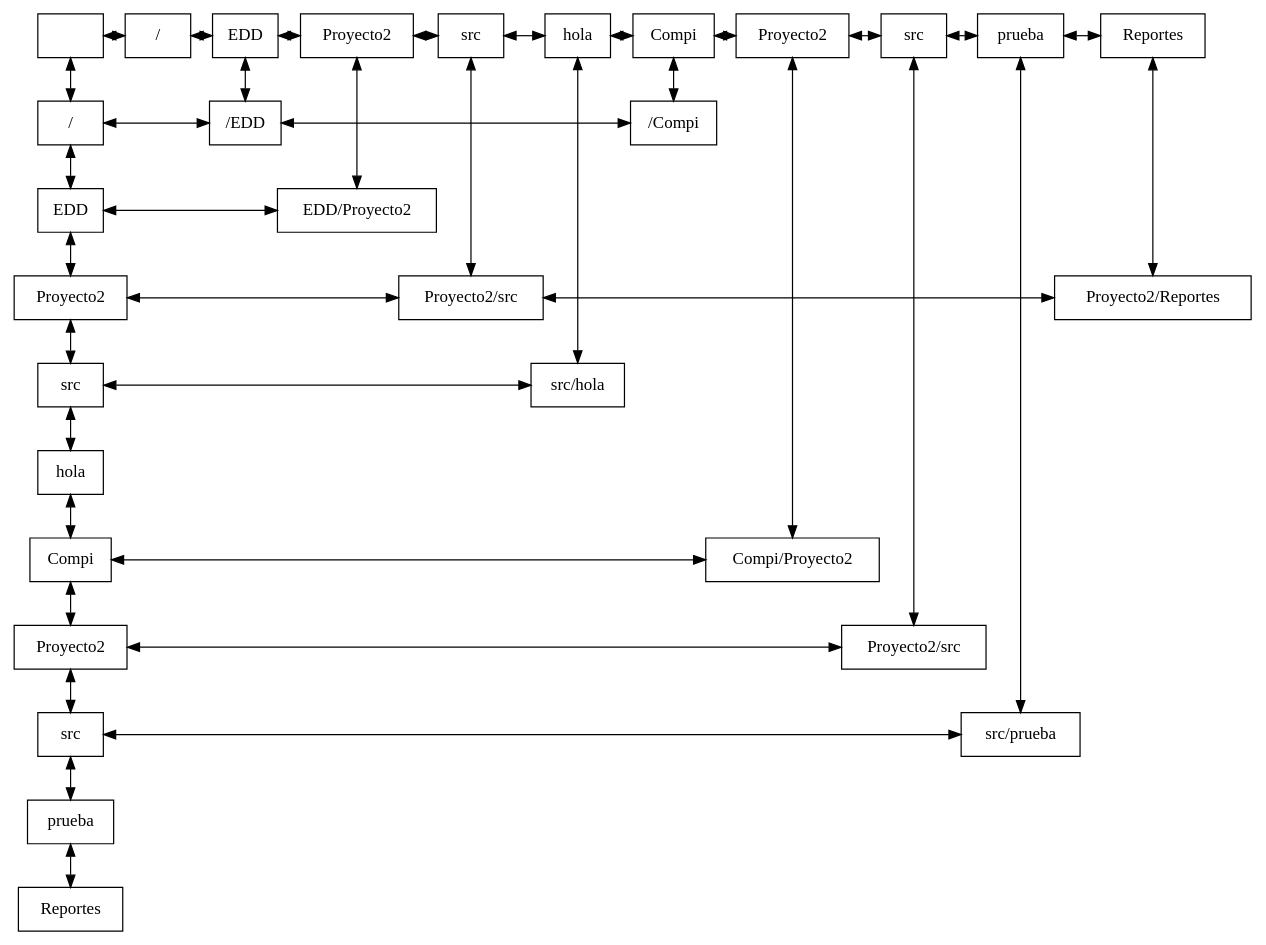
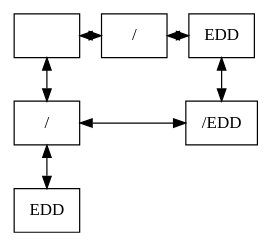
The diagram in Reportes/Matriz.dot (CSuy/EDD_2S2019_PY2_201700918), drawn with Graphviz before and after one commit. The commit also changed 36 other files, not shown here.

```diff
--- a/Reportes/Matriz.dot
+++ b/Reportes/Matriz.dot
@@ -1,107 +1,27 @@
 digraph guia{ 
  node[shape=box] 
  rankdir=UD; 
  {rank=min; 
 nodo00[label="" ,rankdir=LR, group=0]; 
 nodo10[label="/" ,rankdir=LR, group=1]; 
 nodo20[label="EDD" ,rankdir=LR, group=2]; 
-nodo30[label="Proyecto2" ,rankdir=LR, group=3]; 
-nodo40[label="src" ,rankdir=LR, group=4]; 
-nodo50[label="hola" ,rankdir=LR, group=5]; 
-nodo60[label="Compi" ,rankdir=LR, group=6]; 
-nodo70[label="Proyecto2" ,rankdir=LR, group=7]; 
-nodo80[label="src" ,rankdir=LR, group=8]; 
-nodo90[label="prueba" ,rankdir=LR, group=9]; 
-nodo100[label="Reportes" ,rankdir=LR, group=10]; 
 } 
 {rank=same; 
 nodo00[label=" " , group=0]; 
 nodo10[label=" /" , group=1]; 
 nodo20[label=" EDD" , group=2]; 
-nodo30[label=" Proyecto2" , group=3]; 
-nodo40[label=" src" , group=4]; 
-nodo50[label=" hola" , group=5]; 
-nodo60[label=" Compi" , group=6]; 
-nodo70[label=" Proyecto2" , group=7]; 
-nodo80[label=" src" , group=8]; 
-nodo90[label=" prueba" , group=9]; 
-nodo100[label=" Reportes" , group=10]; 
 } 
 {rank=same; 
 nodo01[label=" /" , group=0]; 
 nodo21[label=" /EDD" , group=2]; 
-nodo61[label=" /Compi" , group=6]; 
 } 
 {rank=same; 
 nodo02[label=" EDD" , group=0]; 
-nodo32[label=" EDD/Proyecto2" , group=3]; 
-} 
-{rank=same; 
-nodo03[label=" Proyecto2" , group=0]; 
-nodo43[label=" Proyecto2/src" , group=4]; 
-nodo103[label=" Proyecto2/Reportes" , group=10]; 
-} 
-{rank=same; 
-nodo04[label=" src" , group=0]; 
-nodo54[label=" src/hola" , group=5]; 
-} 
-{rank=same; 
-nodo05[label=" hola" , group=0]; 
-} 
-{rank=same; 
-nodo06[label=" Compi" , group=0]; 
-nodo76[label=" Compi/Proyecto2" , group=7]; 
-} 
-{rank=same; 
-nodo07[label=" Proyecto2" , group=0]; 
-nodo87[label=" Proyecto2/src" , group=8]; 
-} 
-{rank=same; 
-nodo08[label=" src" , group=0]; 
-nodo98[label=" src/prueba" , group=9]; 
-} 
-{rank=same; 
-nodo09[label=" prueba" , group=0]; 
-} 
-{rank=same; 
-nodo010[label=" Reportes" , group=0]; 
 } 
 nodo00 -> nodo10[dir=both]; 
 nodo10 -> nodo20[dir=both]; 
-nodo20 -> nodo30[dir=both]; 
-nodo30 -> nodo40[dir=both]; 
-nodo40 -> nodo50[dir=both]; 
-nodo50 -> nodo60[dir=both]; 
-nodo60 -> nodo70[dir=both]; 
-nodo70 -> nodo80[dir=both]; 
-nodo80 -> nodo90[dir=both]; 
-nodo90 -> nodo100[dir=both]; 
 nodo01 -> nodo21[dir=both]; 
-nodo21 -> nodo61[dir=both]; 
-nodo02 -> nodo32[dir=both]; 
-nodo03 -> nodo43[dir=both]; 
-nodo43 -> nodo103[dir=both]; 
-nodo04 -> nodo54[dir=both]; 
-nodo06 -> nodo76[dir=both]; 
-nodo07 -> nodo87[dir=both]; 
-nodo08 -> nodo98[dir=both]; 
 nodo00 -> nodo01[dir=both]; 
 nodo01 -> nodo02[dir=both]; 
-nodo02 -> nodo03[dir=both]; 
-nodo03 -> nodo04[dir=both]; 
-nodo04 -> nodo05[dir=both]; 
-nodo05 -> nodo06[dir=both]; 
-nodo06 -> nodo07[dir=both]; 
-nodo07 -> nodo08[dir=both]; 
-nodo08 -> nodo09[dir=both]; 
-nodo09 -> nodo010[dir=both]; 
 nodo20 -> nodo21[dir=both]; 
-nodo30 -> nodo32[dir=both]; 
-nodo40 -> nodo43[dir=both]; 
-nodo50 -> nodo54[dir=both]; 
-nodo60 -> nodo61[dir=both]; 
-nodo70 -> nodo76[dir=both]; 
-nodo80 -> nodo87[dir=both]; 
-nodo90 -> nodo98[dir=both]; 
-nodo100 -> nodo103[dir=both]; 
 } 
```
